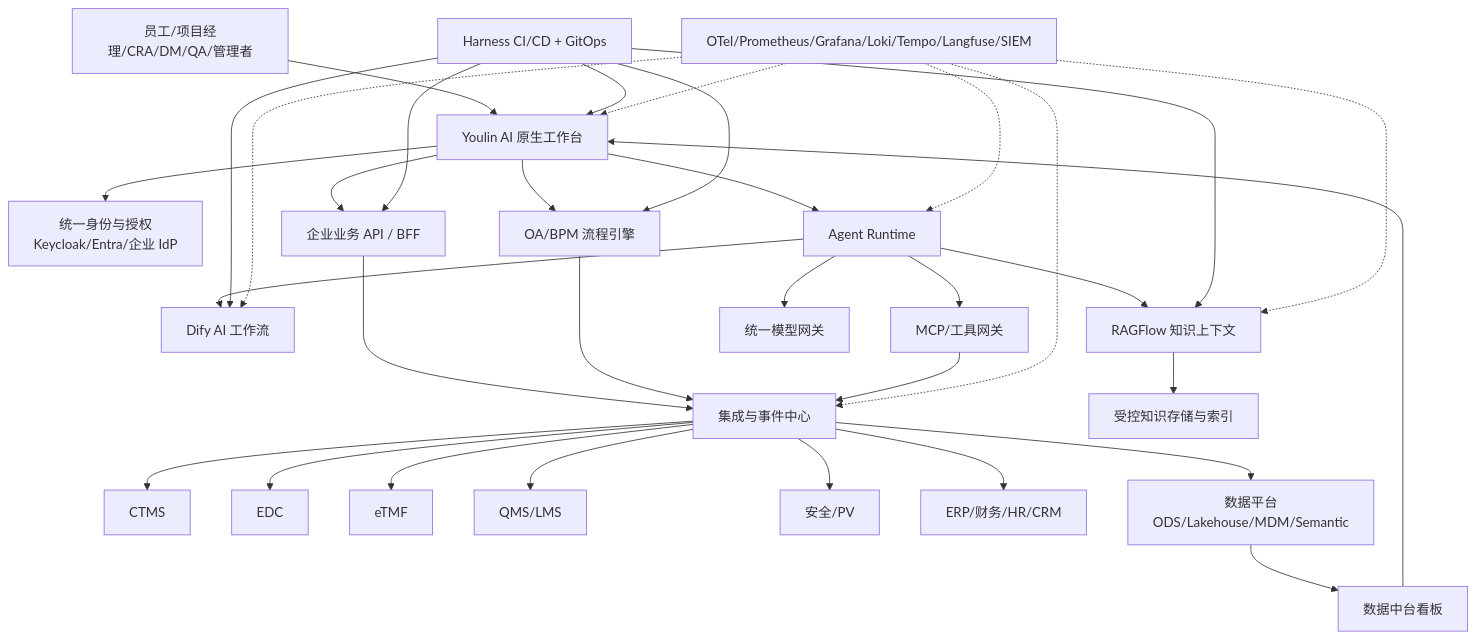
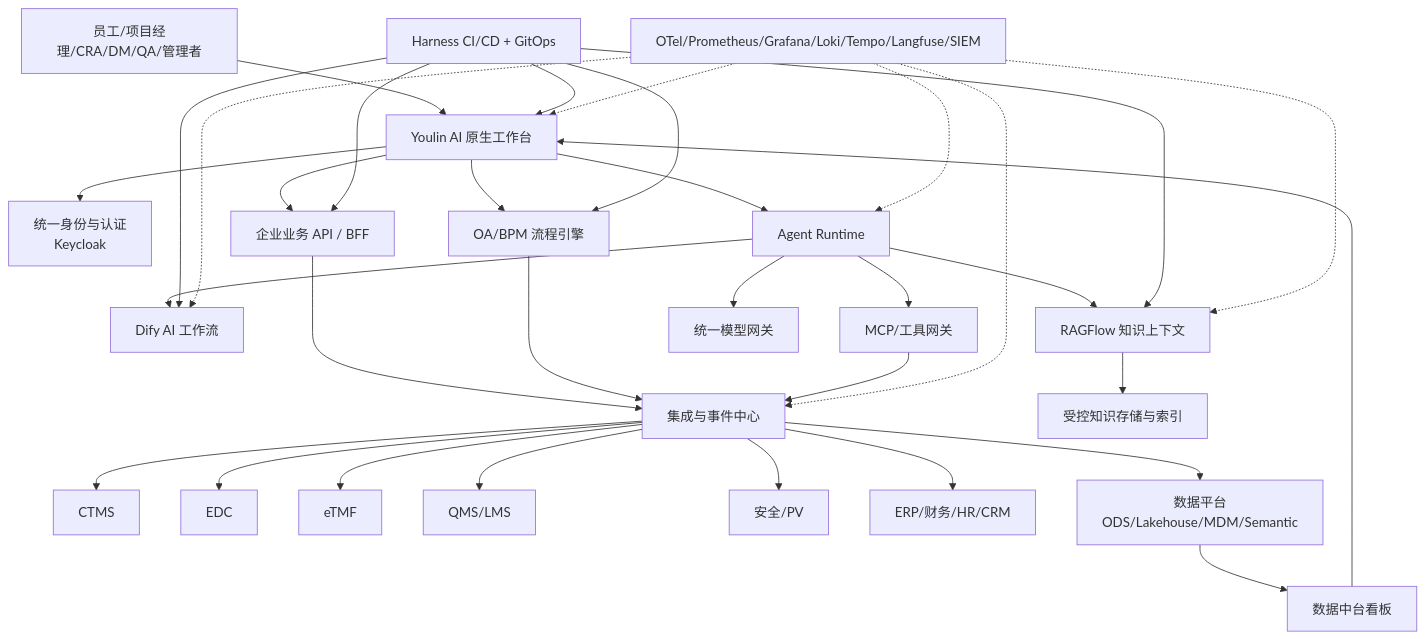
One commit to bestNiu/lobe-chat changed the second of 6 diagrams in docs/youlin-enterprise-ai-platform/01-cro-ai-native-workbench-strategy.md. Above: the diagram before and after it, drawn with Mermaid. The commit also changed other lines of this file and 9 other files, not shown here.

````diff
--- a/docs/youlin-enterprise-ai-platform/01-cro-ai-native-workbench-strategy.md
+++ b/docs/youlin-enterprise-ai-platform/01-cro-ai-native-workbench-strategy.md
@@ -396,41 +401,41 @@
 ```mermaid
 flowchart TB
   U[员工/项目经理/CRA/DM/QA/管理者] --> W[Youlin AI 原生工作台]
-  W --> IAM[统一身份与授权\nKeycloak/Entra/企业 IdP]
+  W --> IAM[统一身份与认证\nKeycloak]
   W --> BFF[企业业务 API / BFF]
   W --> AR[Agent Runtime]
   W --> BPM[OA/BPM 流程引擎]
 
   AR --> DIF[Dify AI 工作流]
   AR --> RAG[RAGFlow 知识上下文]
   AR --> MCP[MCP/工具网关]
   AR --> MG[统一模型网关]
 
   BFF --> HUB[集成与事件中心]
   BPM --> HUB
   MCP --> HUB
 
   HUB --> CTMS[CTMS]
   HUB --> EDC[EDC]
   HUB --> ETMF[eTMF]
   HUB --> QMS[QMS/LMS]
   HUB --> PV[安全/PV]
   HUB --> ERP[ERP/财务/HR/CRM]
 
   HUB --> DP[数据平台\nODS/Lakehouse/MDM/Semantic]
   RAG --> KS[受控知识存储与索引]
   DP --> BI[数据中台看板]
   BI --> W
 
   HC[Harness CI/CD + GitOps] --> W
   HC --> DIF
   HC --> RAG
   HC --> BFF
   HC --> BPM
 
   OBS[OTel/Prometheus/Grafana/Loki/Tempo/Langfuse/SIEM] -.-> W
   OBS -.-> AR
   OBS -.-> DIF
   OBS -.-> RAG
   OBS -.-> HUB
 ```
````
